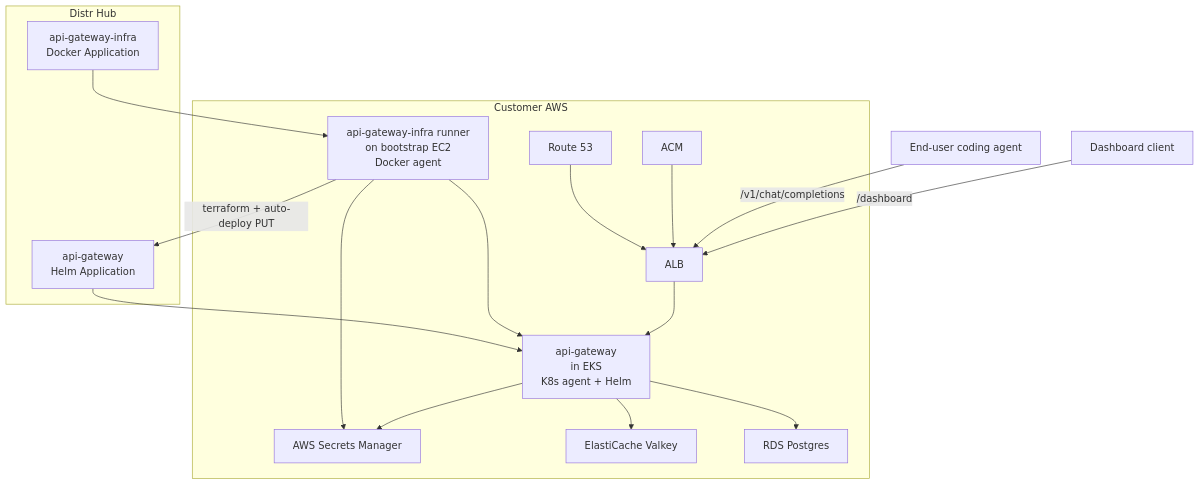
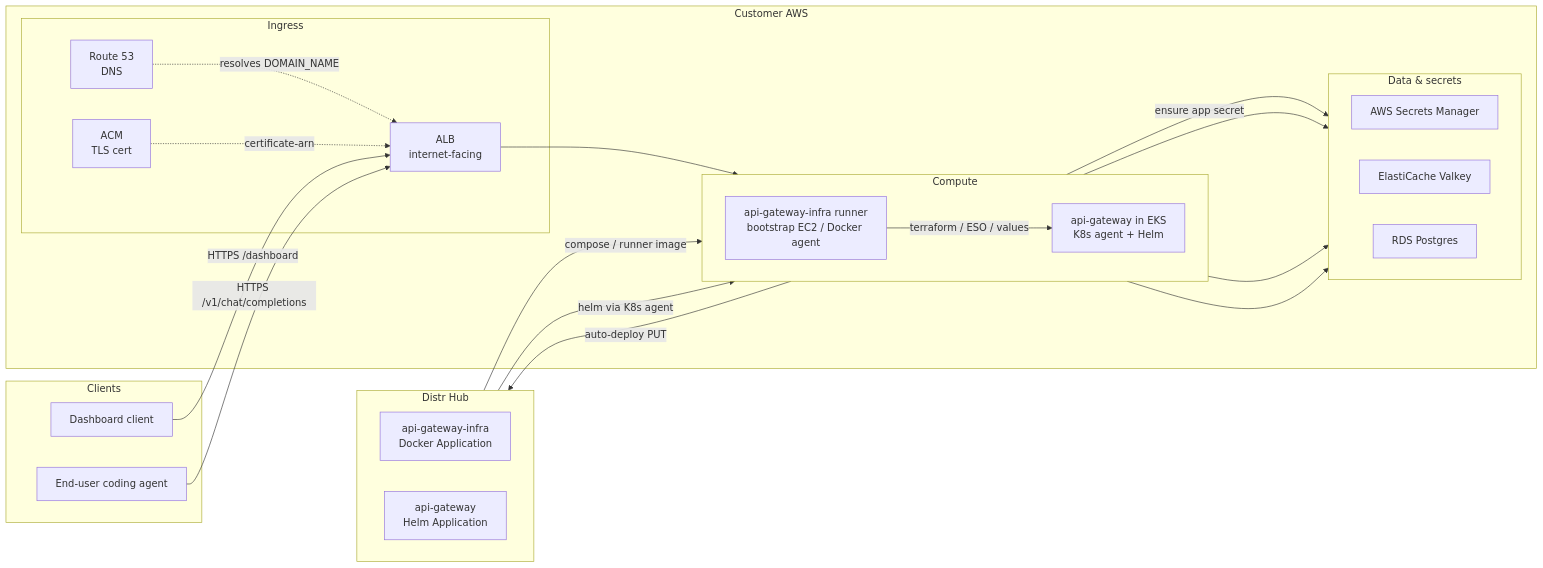
The second of 2 diagrams in api-gateway/aws/README.md (subconscious-systems/ol-runbook), drawn with Mermaid before and after one commit. The commit also changed other lines of this file and 5 other files, not shown here.

````diff
--- a/api-gateway/aws/README.md
+++ b/api-gateway/aws/README.md
@@ -64,35 +64,49 @@
 ```mermaid
-flowchart TB
-  CodingAgent["End-user coding agent"]
-  DashboardClient["Dashboard client"]
+flowchart LR
+  subgraph Clients["Clients"]
+    DashboardClient["Dashboard client"]
+    CodingAgent["End-user coding agent"]
+  end
 
-  subgraph DistrHub ["Distr Hub"]
+  subgraph AWS["Customer AWS"]
+    subgraph Ingress["Ingress"]
+      R53["Route 53<br/>DNS"]
+      ACM["ACM<br/>TLS cert"]
+      ALB["ALB<br/>internet-facing"]
+      R53 -.->|"resolves DOMAIN_NAME"| ALB
+      ACM -.->|"certificate-arn"| ALB
+    end
+
+    subgraph Compute["Compute"]
+      direction LR
+      EC2["api-gateway-infra runner<br/>bootstrap EC2 / Docker agent"]
+      EKSBox["api-gateway in EKS<br/>K8s agent + Helm"]
+      EC2 -->|"terraform / ESO / values"| EKSBox
+    end
+
+    subgraph Data["Data & secrets"]
+      direction LR
+      SM["AWS Secrets Manager"]
+      Valkey["ElastiCache Valkey"]
+      RDS["RDS Postgres"]
+    end
+
+    ALB --> EKSBox
+    EC2 -->|"ensure app secret"| SM
+    EKSBox --> Valkey
+    EKSBox --> RDS
+    EKSBox --> SM
+  end
+
+  subgraph DistrHub["Distr Hub"]
+    direction LR
     InfraDocker["api-gateway-infra<br/>Docker Application"]
     GwHelm["api-gateway<br/>Helm Application"]
   end
 
-  subgraph AWS ["Customer AWS"]
-    EC2["api-gateway-infra runner<br/>on bootstrap EC2<br/>Docker agent"]
-    EKSBox["api-gateway<br/>in EKS<br/>K8s agent + Helm"]
-    ALB["ALB"]
-    ACM["ACM"]
-    R53["Route 53"]
-    SM["AWS Secrets Manager"]
-    Valkey["ElastiCache Valkey"]
-    RDS["RDS Postgres"]
-  end
-
-  InfraDocker --> EC2
-  GwHelm --> EKSBox
-  EC2 -->|"terraform + auto-deploy PUT"| GwHelm
-  EC2 --> EKSBox
-  EC2 --> SM
-  EKSBox --> SM
-  EKSBox --> Valkey
-  EKSBox --> RDS
-  R53 --> ALB
-  ACM --> ALB
-  ALB --> EKSBox
-  CodingAgent -->|"/v1/chat/completions"| ALB
-  DashboardClient -->|"/dashboard"| ALB
+  DashboardClient -->|"HTTPS /dashboard"| ALB
+  CodingAgent -->|"HTTPS /v1/chat/completions"| ALB
+  InfraDocker -->|"compose / runner image"| EC2
+  EC2 -->|"auto-deploy PUT"| GwHelm
+  GwHelm -->|"helm via K8s agent"| EKSBox
 ```
````
